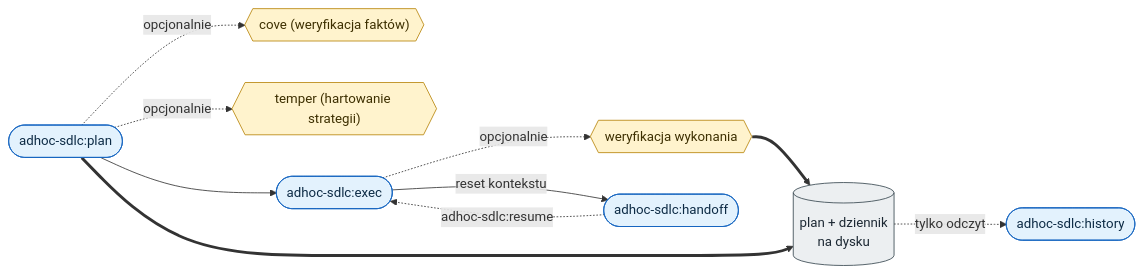
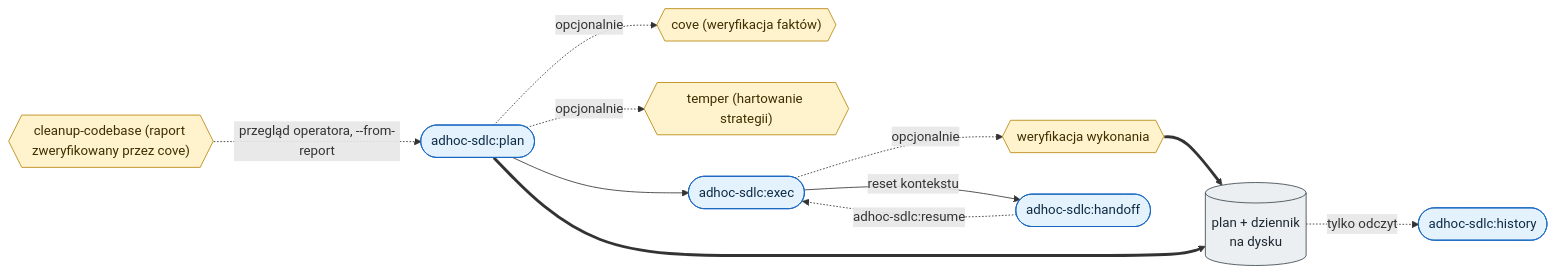
One commit to daniel-grabowski/adhoc-sdlc changed the diagram in README.pl.md. Above: the diagram before and after it, drawn with Mermaid. The commit also changed other lines of this file and 44 other files, not shown here.

First line of the commit message:
Release 0.8.0: cleanup-codebase report loop with cove verification

````diff
--- a/README.pl.md
+++ b/README.pl.md
@@ -100,19 +102,20 @@
 ```mermaid
 flowchart LR
     plan(["adhoc-sdlc:plan"]) -.->|opcjonalnie| cove{{"cove (weryfikacja faktów)"}}
     plan -.->|opcjonalnie| temper{{"temper (hartowanie strategii)"}}
+    cleanup{{"cleanup-codebase (raport zweryfikowany przez cove)"}} -.->|"przegląd operatora, --from-report"| plan
     plan --> exec(["adhoc-sdlc:exec"])
     exec -.->|opcjonalnie| ecove{{"weryfikacja wykonania"}}
     ecove ==> disk[("plan + dziennik<br/>na dysku")]
     exec -->|reset kontekstu| handoff(["adhoc-sdlc:handoff"])
     handoff -.->|"adhoc-sdlc:resume"| exec
     plan ==> disk
     disk -.->|tylko odczyt| history(["adhoc-sdlc:history"])
 
     classDef cmd fill:#e3f2fd,stroke:#1565c0,color:#0d2b45
     classDef gate fill:#fff3cd,stroke:#b8860b,color:#3d2f00
     classDef store fill:#eceff1,stroke:#37474f,color:#1c2833
     class plan,exec,handoff,history cmd
-    class cove,temper,ecove gate
+    class cove,temper,ecove,cleanup gate
     class disk store
 ```
````
